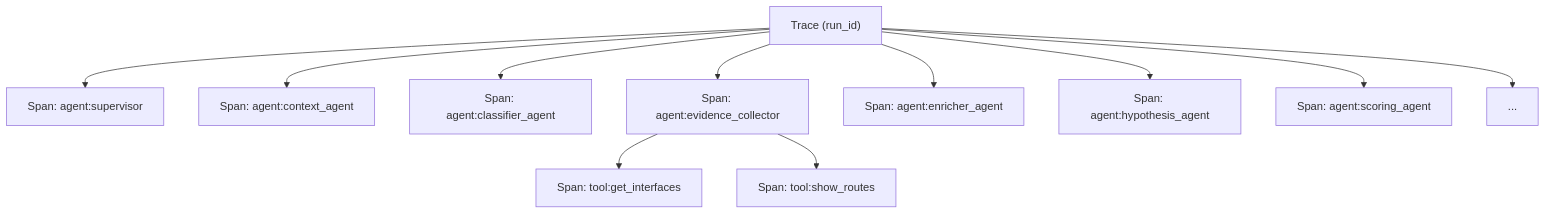
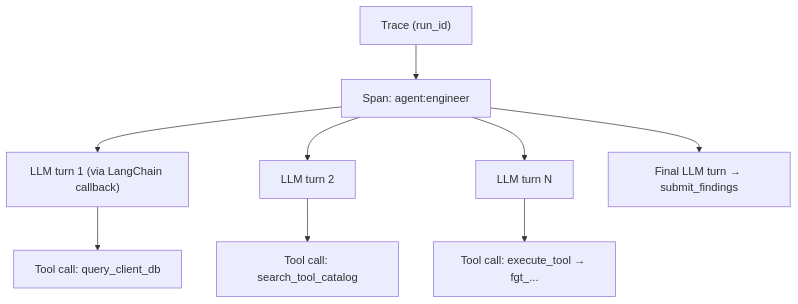
The diagram in docs/architecture/observability.md (jofra02/L8R), drawn with Mermaid before and after one commit. The commit also changed other lines of this file and 38 other files, not shown here.

````diff
--- a/docs/architecture/observability.md
+++ b/docs/architecture/observability.md
@@ -13,13 +13,11 @@
 ```mermaid
 graph TD
-    T["Trace (run_id)"] --> S1["Span: agent:supervisor"]
-    T --> S2["Span: agent:context_agent"]
-    T --> S3["Span: agent:classifier_agent"]
-    T --> S4["Span: agent:evidence_collector"]
-    S4 --> T1["Span: tool:get_interfaces"]
-    S4 --> T2["Span: tool:show_routes"]
-    T --> S5["Span: agent:enricher_agent"]
-    T --> S6["Span: agent:hypothesis_agent"]
-    T --> S7["Span: agent:scoring_agent"]
-    T --> S8["..."]
+    T["Trace (run_id)"] --> E["Span: agent:engineer"]
+    E --> L1["LLM turn 1 (via LangChain callback)"]
+    L1 --> C1["Tool call: query_client_db"]
+    E --> L2["LLM turn 2"]
+    L2 --> C2["Tool call: search_tool_catalog"]
+    E --> L3["LLM turn N"]
+    L3 --> C3["Tool call: execute_tool → fgt_..."]
+    E --> LF["Final LLM turn → submit_findings"]
 ```
````
